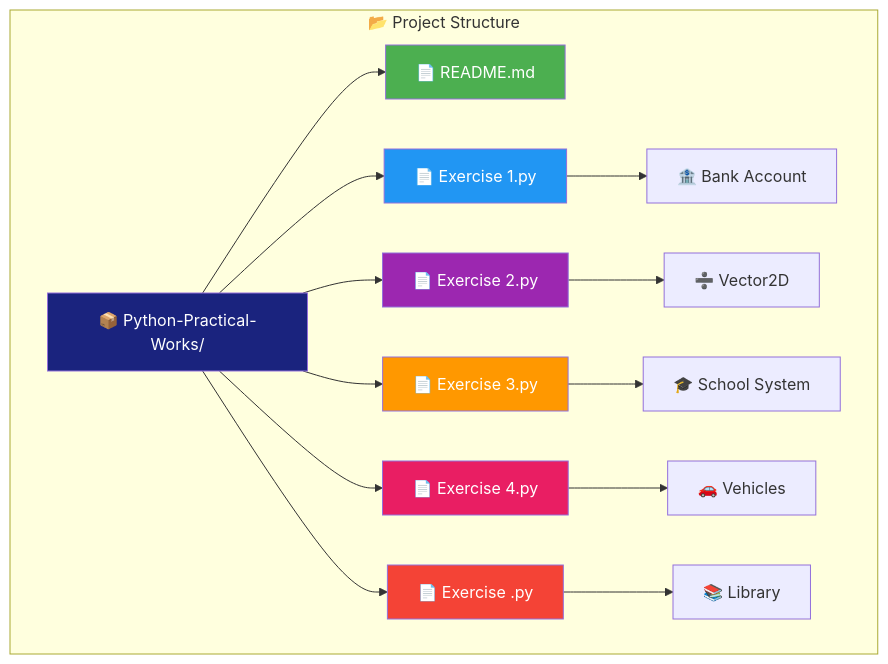
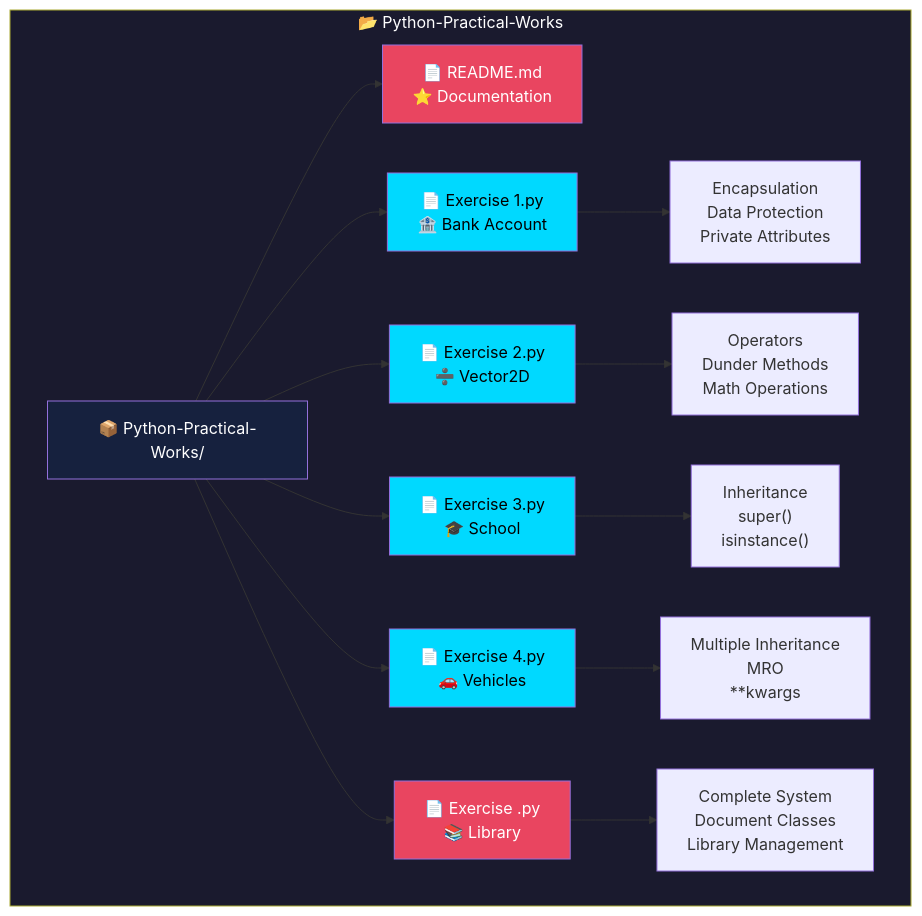
Before and after one commit to Lagmouchyoussef/Python-Practical-Works: the fifth of 22 diagrams in README.md, drawn with Mermaid. The commit also changed other lines of this file, not shown here.

````diff
--- a/README.md
+++ b/README.md
@@ -163,25 +240,26 @@
 ```mermaid
 graph TD
-    subgraph Structure[📂 Project Structure]
-        Root[📦 Python-Practical-Works/] --> Readme[📄 README.md]
-        Root --> Ex1[📄 Exercise 1.py]
-        Root --> Ex2[📄 Exercise 2.py]
-        Root --> Ex3[📄 Exercise 3.py]
-        Root --> Ex4[📄 Exercise 4.py]
-        Root --> Final[📄 Exercise .py]
+    subgraph Project[📂 Python-Practical-Works]
+        Root["📦 Python-Practical-Works/"] --> README["📄 README.md<br/>⭐ Documentation"]
+        Root --> Ex1["📄 Exercise 1.py<br/>🏦 Bank Account"]
+        Root --> Ex2["📄 Exercise 2.py<br/>➗ Vector2D"]
+        Root --> Ex3["📄 Exercise 3.py<br/>🎓 School"]
+        Root --> Ex4["📄 Exercise 4.py<br/>🚗 Vehicles"]
+        Root --> Final["📄 Exercise .py<br/>📚 Library"]
         
-        Ex1 --> Ex1Cont[🏦 Bank Account]
-        Ex2 --> Ex2Cont[➗ Vector2D]
-        Ex3 --> Ex3Cont[🎓 School System]
-        Ex4 --> Ex4Cont[🚗 Vehicles]
-        Final --> FinalCont[📚 Library]
+        Ex1 --> Ex1Detail["Encapsulation<br/>Data Protection<br/>Private Attributes"]
+        Ex2 --> Ex2Detail["Operators<br/>Dunder Methods<br/>Math Operations"]
+        Ex3 --> Ex3Detail["Inheritance<br/>super()<br/>isinstance()"]
+        Ex4 --> Ex4Detail["Multiple Inheritance<br/>MRO<br/>**kwargs"]
+        Final --> FinalDetail["Complete System<br/>Document Classes<br/>Library Management"]
     end
     
-    style Root fill:#1a237e,color:#fff
-    style Readme fill:#4caf50,color:#fff
-    style Ex1 fill:#2196f3,color:#fff
-    style Ex2 fill:#9c27b0,color:#fff
-    style Ex3 fill:#ff9800,color:#fff
-    style Ex4 fill:#e91e63,color:#fff
-    style Final fill:#f44336,color:#fff
+    style Project fill:#1a1a2e,color:#fff
+    style Root fill:#16213e,color:#fff
+    style README fill:#e94560,color:#fff
+    style Ex1 fill:#00d9ff,color:#000
+    style Ex2 fill:#00d9ff,color:#000
+    style Ex3 fill:#00d9ff,color:#000
+    style Ex4 fill:#00d9ff,color:#000
+    style Final fill:#e94560,color:#fff
 ```
````
